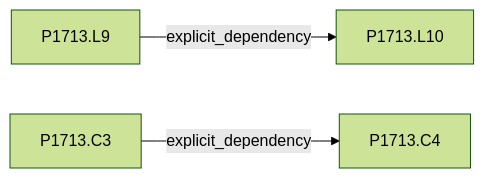
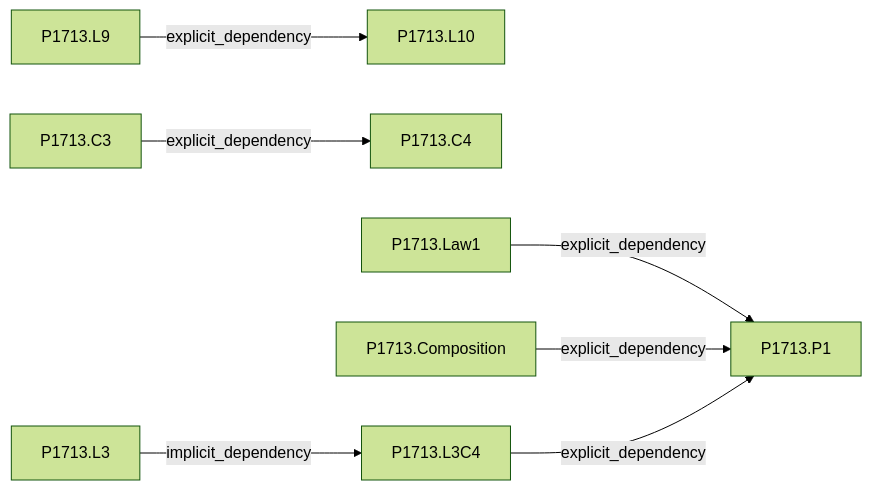
Before and after one commit to arivero/newtonlean: the second of 6 diagrams in research/graphs.md, drawn with Mermaid (forest theme). The commit also changed other lines of this file and 10 other files, not shown here.

````diff
--- a/research/graphs.md
+++ b/research/graphs.md
@@ -16,9 +25,18 @@
 ```mermaid
 flowchart LR
   n5["P1713.L9"]
   n6["P1713.L10"]
   n7["P1713.C3"]
   n8["P1713.C4"]
+  n15["P1713.P1"]
+  n16["P1713.L3"]
+  n17["P1713.L3C4"]
+  n18["P1713.Law1"]
+  n19["P1713.Composition"]
   n5 -->|explicit_dependency| n6
   n7 -->|explicit_dependency| n8
+  n18 -->|explicit_dependency| n15
+  n19 -->|explicit_dependency| n15
+  n17 -->|explicit_dependency| n15
+  n16 -->|implicit_dependency| n17
 ```
````
